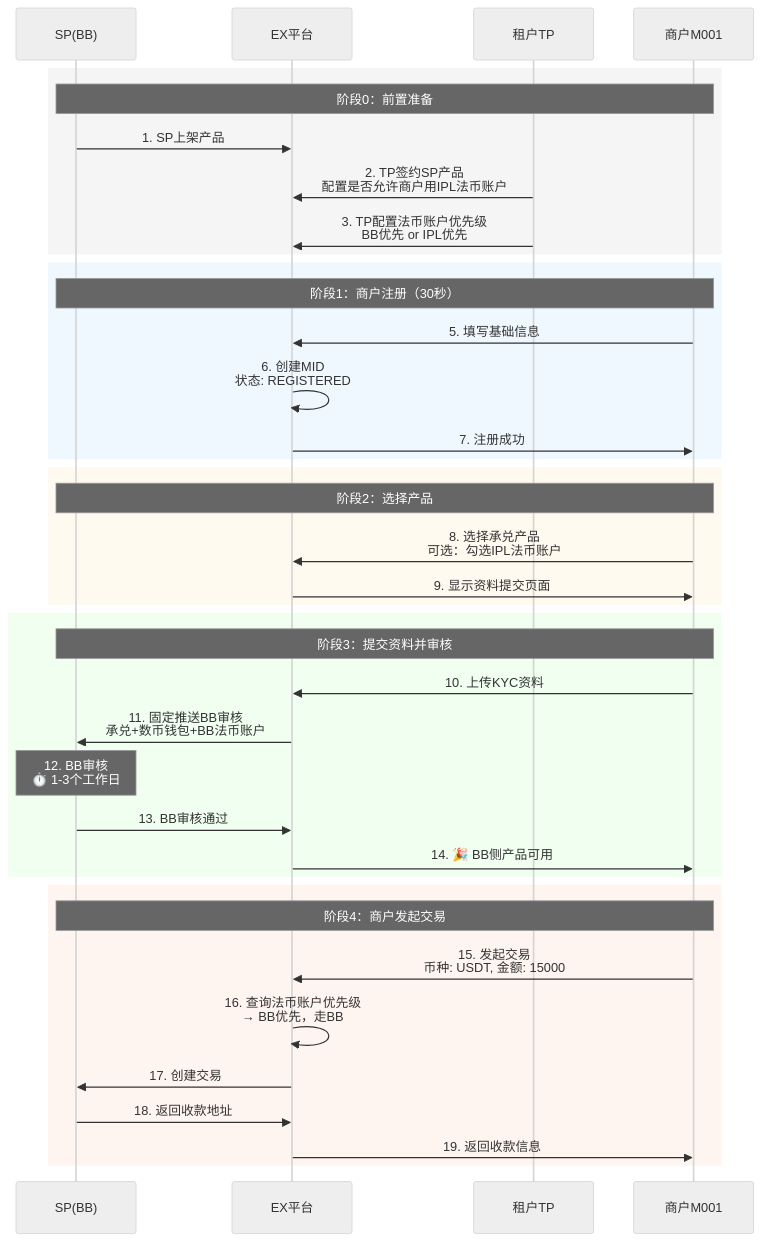
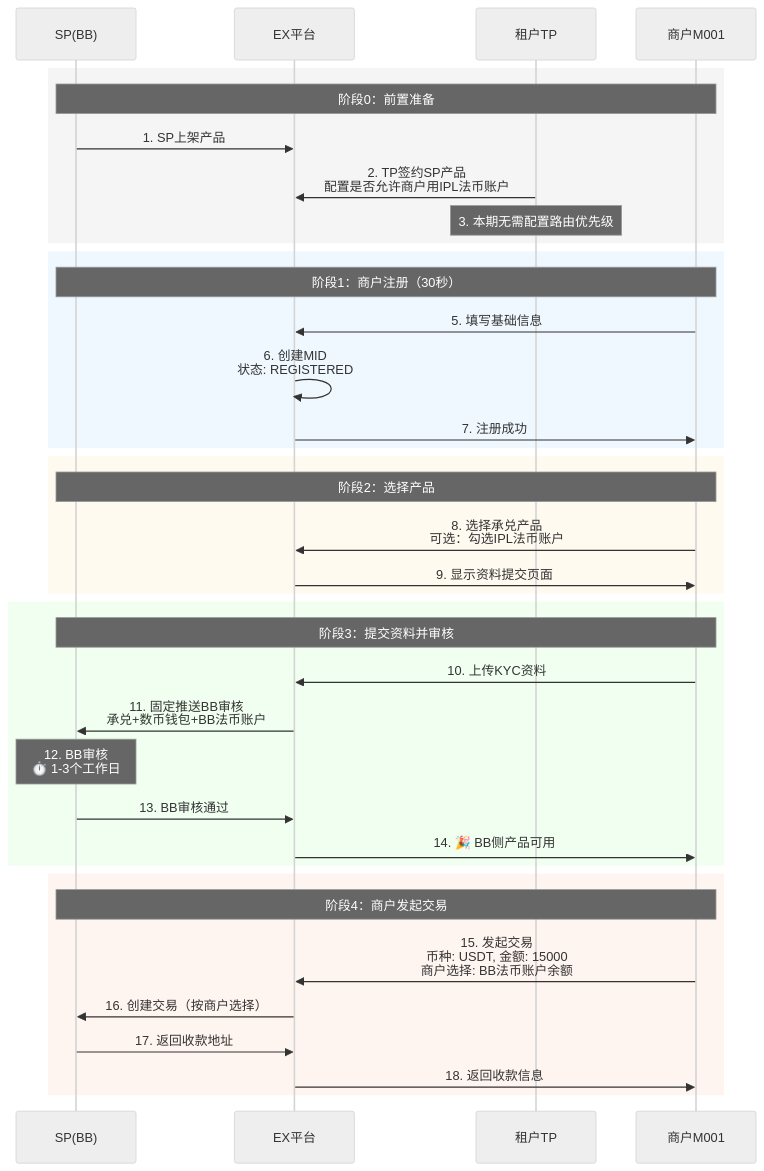
Before and after one commit to xiaoxiaoangie/EX-NEW: the seventh of 7 diagrams in onofframp/prd/productionopening.md, drawn with Mermaid (neutral theme). The commit also changed other lines of this file and 13 other files, not shown here.

````diff
--- a/onofframp/prd/productionopening.md
+++ b/onofframp/prd/productionopening.md
@@ -814,45 +828,44 @@
 ```mermaid
 sequenceDiagram
     participant SP as SP(BB)
     participant EX as EX平台
     participant TP as 租户TP
     participant MP as 商户M001
   
     rect rgb(245, 245, 245)
         Note over SP,MP: 阶段0：前置准备
         SP->>EX: 1. SP上架产品
         TP->>EX: 2. TP签约SP产品<br/>配置是否允许商户用IPL法币账户
-        TP->>EX: 3. TP配置法币账户优先级<br/>BB优先 or IPL优先
+        Note over TP: 3. 本期无需配置路由优先级
     end
   
     rect rgb(240, 248, 255)
         Note over SP,MP: 阶段1：商户注册（30秒）
         MP->>EX: 5. 填写基础信息
         EX->>EX: 6. 创建MID<br/>状态: REGISTERED
         EX->>MP: 7. 注册成功
     end
   
     rect rgb(255, 250, 240)
         Note over SP,MP: 阶段2：选择产品
         MP->>EX: 8. 选择承兑产品<br/>可选：勾选IPL法币账户
         EX->>MP: 9. 显示资料提交页面
     end
   
     rect rgb(240, 255, 240)
         Note over SP,MP: 阶段3：提交资料并审核
         MP->>EX: 10. 上传KYC资料
         EX->>SP: 11. 固定推送BB审核<br/>承兑+数币钱包+BB法币账户
         Note over SP: 12. BB审核<br/>⏱️ 1-3个工作日
         SP->>EX: 13. BB审核通过
         EX->>MP: 14. 🎉 BB侧产品可用
     end
   
     rect rgb(255, 245, 240)
         Note over SP,MP: 阶段4：商户发起交易
-        MP->>EX: 15. 发起交易<br/>币种: USDT, 金额: 15000
-        EX->>EX: 16. 查询法币账户优先级<br/>→ BB优先，走BB
-        EX->>SP: 17. 创建交易
-        SP->>EX: 18. 返回收款地址
-        EX->>MP: 19. 返回收款信息
+        MP->>EX: 15. 发起交易<br/>币种: USDT, 金额: 15000<br/>商户选择: BB法币账户余额
+        EX->>SP: 16. 创建交易（按商户选择）
+        SP->>EX: 17. 返回收款地址
+        EX->>MP: 18. 返回收款信息
     end
 ```
````
